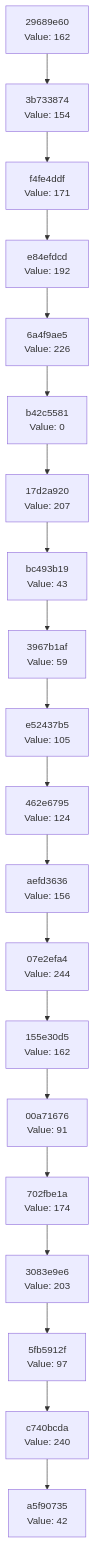
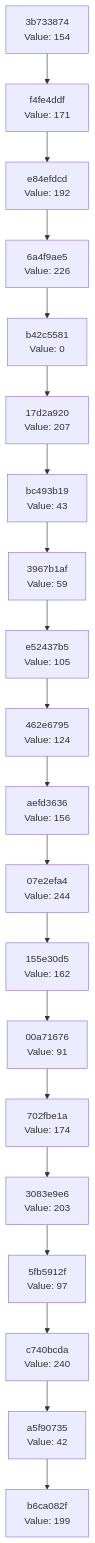
Before and after one commit to Abhisheksinha1506/hash-chain-evolver: the diagram in docs/CHAIN_VISUALIZATION.md, drawn with Mermaid. The commit also changed 2 other files, not shown here.

Commit message:
Evolution step: hash 0xC7 → action executed

````diff
--- a/docs/CHAIN_VISUALIZATION.md
+++ b/docs/CHAIN_VISUALIZATION.md
@@ -3,42 +3,42 @@
 ```mermaid
 graph TD
-    C0["a5f90735<br/>Value: 42"]
-    C1["c740bcda<br/>Value: 240"]
+    C0["b6ca082f<br/>Value: 199"]
+    C1["a5f90735<br/>Value: 42"]
     C1 --> C0
-    C2["5fb5912f<br/>Value: 97"]
+    C2["c740bcda<br/>Value: 240"]
     C2 --> C1
-    C3["3083e9e6<br/>Value: 203"]
+    C3["5fb5912f<br/>Value: 97"]
     C3 --> C2
-    C4["702fbe1a<br/>Value: 174"]
+    C4["3083e9e6<br/>Value: 203"]
     C4 --> C3
-    C5["00a71676<br/>Value: 91"]
+    C5["702fbe1a<br/>Value: 174"]
     C5 --> C4
-    C6["155e30d5<br/>Value: 162"]
+    C6["00a71676<br/>Value: 91"]
     C6 --> C5
-    C7["07e2efa4<br/>Value: 244"]
+    C7["155e30d5<br/>Value: 162"]
     C7 --> C6
-    C8["aefd3636<br/>Value: 156"]
+    C8["07e2efa4<br/>Value: 244"]
     C8 --> C7
-    C9["462e6795<br/>Value: 124"]
+    C9["aefd3636<br/>Value: 156"]
     C9 --> C8
-    C10["e52437b5<br/>Value: 105"]
+    C10["462e6795<br/>Value: 124"]
     C10 --> C9
-    C11["3967b1af<br/>Value: 59"]
+    C11["e52437b5<br/>Value: 105"]
     C11 --> C10
-    C12["bc493b19<br/>Value: 43"]
+    C12["3967b1af<br/>Value: 59"]
     C12 --> C11
-    C13["17d2a920<br/>Value: 207"]
+    C13["bc493b19<br/>Value: 43"]
     C13 --> C12
-    C14["b42c5581<br/>Value: 0"]
+    C14["17d2a920<br/>Value: 207"]
     C14 --> C13
-    C15["6a4f9ae5<br/>Value: 226"]
+    C15["b42c5581<br/>Value: 0"]
     C15 --> C14
-    C16["e84efdcd<br/>Value: 192"]
+    C16["6a4f9ae5<br/>Value: 226"]
     C16 --> C15
-    C17["f4fe4ddf<br/>Value: 171"]
+    C17["e84efdcd<br/>Value: 192"]
     C17 --> C16
-    C18["3b733874<br/>Value: 154"]
+    C18["f4fe4ddf<br/>Value: 171"]
     C18 --> C17
-    C19["29689e60<br/>Value: 162"]
+    C19["3b733874<br/>Value: 154"]
     C19 --> C18
 ```
````
